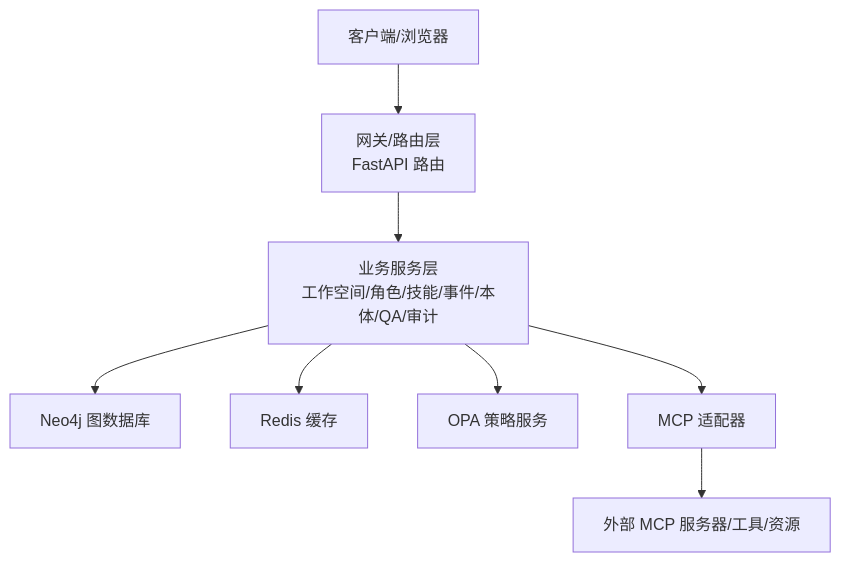
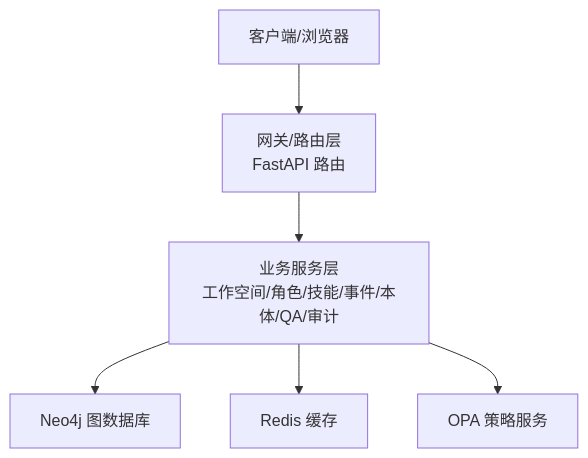
Before and after one commit to inier/ontology-graphiti: the second of 5 diagrams in .qoder/repowiki/zh/content/测试策略/集成测试.md, drawn with Mermaid. The commit also changed other lines of this file and 8 other files, not shown here.

````diff
--- a/.qoder/repowiki/zh/content/测试策略/集成测试.md
+++ b/.qoder/repowiki/zh/content/测试策略/集成测试.md
@@ -95,10 +102,8 @@
 ```mermaid
 graph TB
 C["客户端/浏览器"] --> G["网关/路由层<br/>FastAPI 路由"]
 G --> Svc["业务服务层<br/>工作空间/角色/技能/事件/本体/QA/审计"]
 Svc --> DB["Neo4j 图数据库"]
 Svc --> Cache["Redis 缓存"]
 Svc --> Policy["OPA 策略服务"]
-Svc --> MCP["MCP 适配器"]
-MCP --> Ext["外部 MCP 服务器/工具/资源"]
 ```
````
